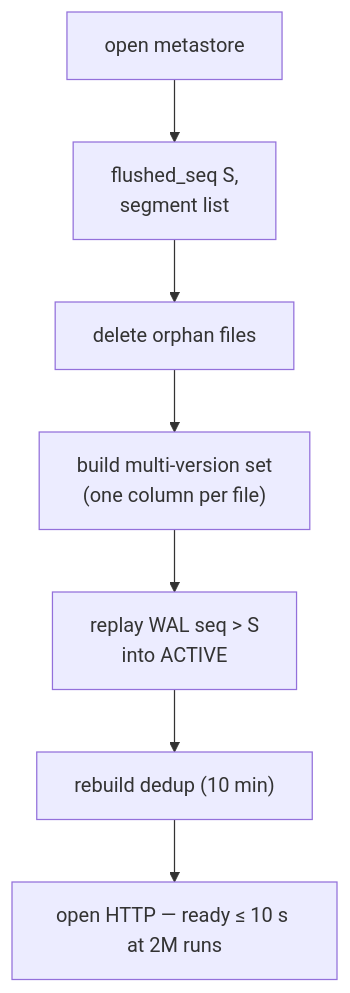
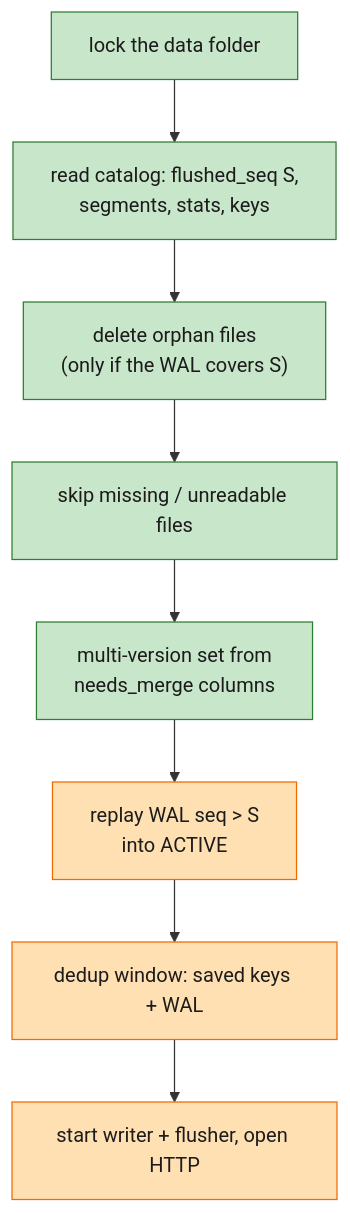
Before and after one commit to liukai/smithling: the ninth of 10 diagrams in specs/002-m2-durable-storage-query-builder/starter-guide.md, drawn with Mermaid. The commit also changed other lines of this file, not shown here.

````diff
--- a/specs/002-m2-durable-storage-query-builder/starter-guide.md
+++ b/specs/002-m2-durable-storage-query-builder/starter-guide.md
@@ -330,9 +311,15 @@
 ```mermaid
 flowchart TB
-    O["open metastore"] --> S["flushed_seq S,<br/>segment list"]
-    S --> OR["delete orphan files"]
-    OR --> MV["build multi-version set<br/>(one column per file)"]
-    MV --> RP["replay WAL seq > S<br/>into ACTIVE"]
-    RP --> DD["rebuild dedup (10 min)"]
-    DD --> GO["open HTTP — ready ≤ 10 s at 2M runs"]
+    L["lock the data folder"]:::new
+    C["read catalog: flushed_seq S,<br/>segments, stats, keys"]:::new
+    O["delete orphan files<br/>(only if the WAL covers S)"]:::new
+    X["skip missing / unreadable files"]:::new
+    MV["multi-version set from<br/>needs_merge columns"]:::new
+    RP["replay WAL seq > S<br/>into ACTIVE"]:::revised
+    DD["dedup window: saved keys + WAL"]:::revised
+    GO["start writer + flusher, open HTTP"]:::revised
+    L --> C --> O --> X --> MV --> RP --> DD --> GO
+    classDef new fill:#c8e6c9,stroke:#2e7d32,color:#1b1b1b
+    classDef revised fill:#ffe0b2,stroke:#ef6c00,color:#1b1b1b
+    classDef old fill:#eeeeee,stroke:#9e9e9e,color:#1b1b1b
 ```
````
